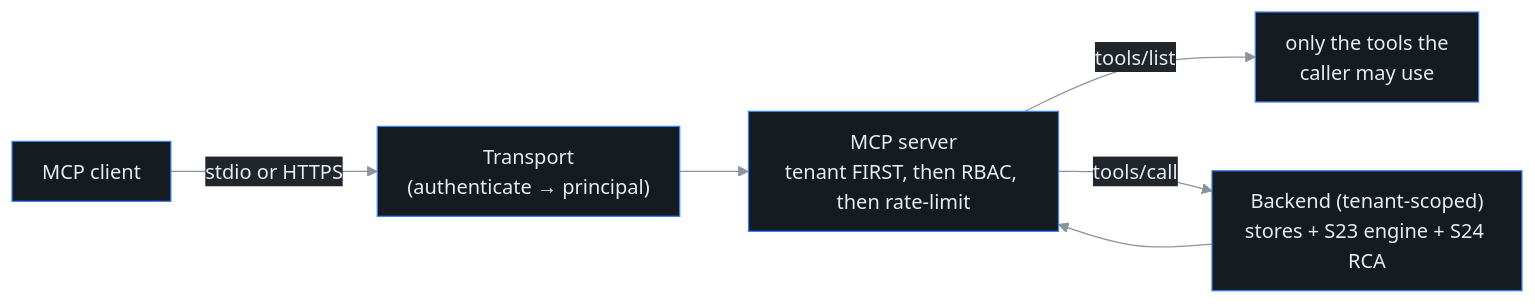
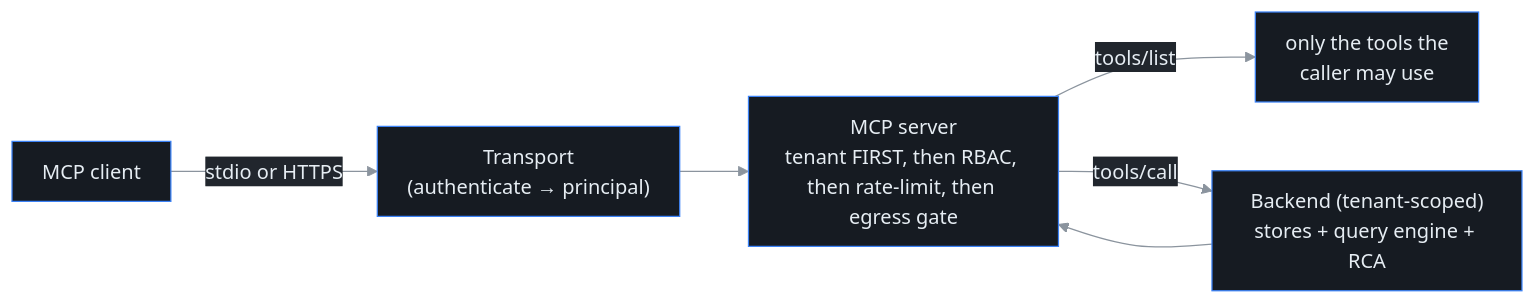
One commit to ctlplne/probectl changed the diagram in docs/mcp.md. Above: the diagram before and after it, drawn with Mermaid. The commit also changed other lines of this file and 12 other files, not shown here.

````diff
--- a/docs/mcp.md
+++ b/docs/mcp.md
@@ -10,9 +20,9 @@
 ```mermaid
 %%{init: {'theme':'base','themeVariables':{'background':'#0d1117','primaryColor':'#161b22','primaryTextColor':'#e6edf3','primaryBorderColor':'#3b82f6','lineColor':'#8b949e','secondaryColor':'#21262d','tertiaryColor':'#0d1117','clusterBkg':'#161b22','clusterBorder':'#30363d','fontFamily':'ui-monospace, SFMono-Regular, Menlo, monospace'},'flowchart':{'curve':'basis','nodeSpacing':55,'rankSpacing':55,'padding':12}}}%%
 flowchart LR
   C["MCP client"] -->|stdio or HTTPS| T["Transport<br/>(authenticate → principal)"]
-  T --> S["MCP server<br/>tenant FIRST, then RBAC, then rate-limit"]
+  T --> S["MCP server<br/>tenant FIRST, then RBAC, then rate-limit, then egress gate"]
   S -->|"tools/list"| L["only the tools the<br/>caller may use"]
-  S -->|"tools/call"| B["Backend (tenant-scoped)<br/>stores + S23 engine + S24 RCA"]
+  S -->|"tools/call"| B["Backend (tenant-scoped)<br/>stores + query engine + RCA"]
   B --> S
 ```
````
